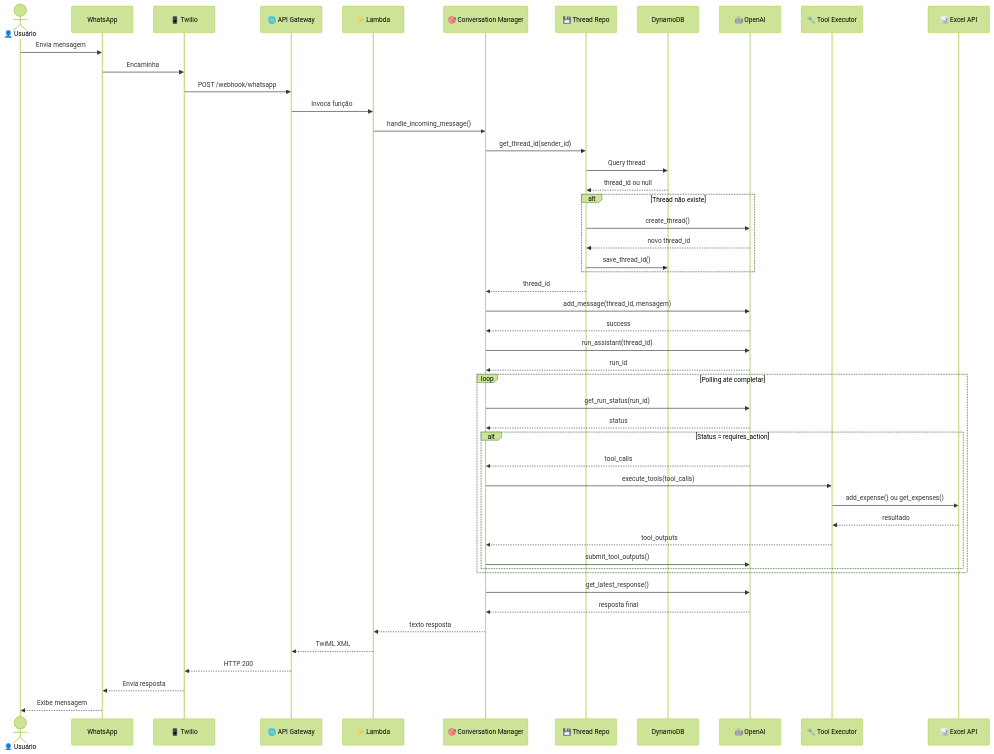
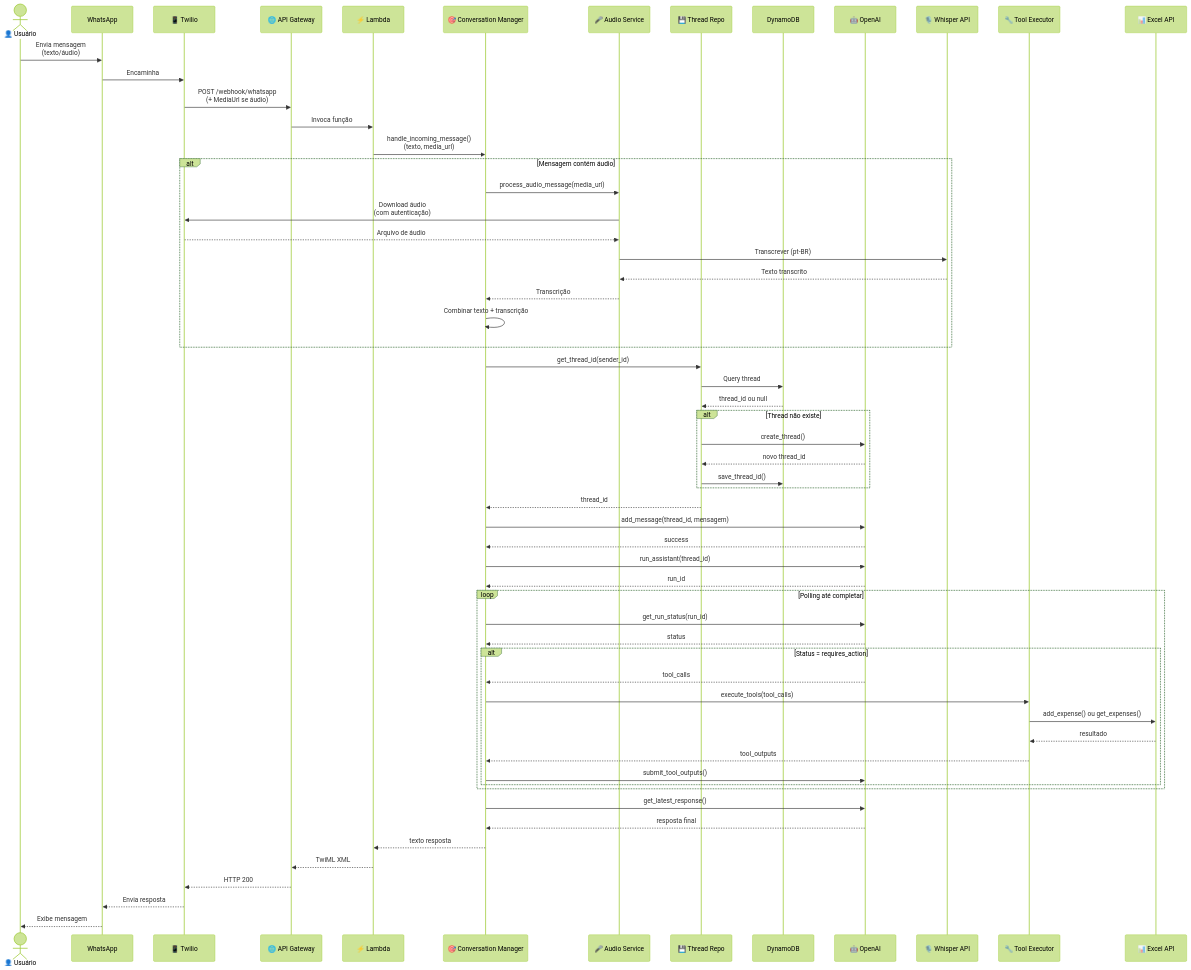
One commit to andremizuno/finassist changed the second of 15 diagrams in docs/DIAGRAMAS.md. Above: the diagram before and after it, drawn with Mermaid (forest theme). The commit also changed other lines of this file, not shown here.

First line of the commit message:
docs: atualizar diagramas para refletir suporte a áudio

````diff
--- a/docs/DIAGRAMAS.md
+++ b/docs/DIAGRAMAS.md
@@ -80,62 +85,74 @@
 ```mermaid
 sequenceDiagram
     actor User as 👤 Usuário
     participant WA as WhatsApp
     participant Twilio as 📱 Twilio
     participant APIGW as 🌐 API Gateway
     participant Lambda as ⚡ Lambda
     participant CM as 🎯 Conversation Manager
+    participant AS as 🎤 Audio Service
     participant TR as 💾 Thread Repo
     participant DDB as DynamoDB
     participant OAI as 🤖 OpenAI
+    participant Whisper as 🎙️ Whisper API
     participant TE as 🔧 Tool Executor
     participant Excel as 📊 Excel API
 
-    User->>WA: Envia mensagem
+    User->>WA: Envia mensagem<br/>(texto/áudio)
     WA->>Twilio: Encaminha
-    Twilio->>APIGW: POST /webhook/whatsapp
+    Twilio->>APIGW: POST /webhook/whatsapp<br/>(+ MediaUrl se áudio)
     APIGW->>Lambda: Invoca função
 
-    Lambda->>CM: handle_incoming_message()
+    Lambda->>CM: handle_incoming_message()<br/>(texto, media_url)
+
+    alt Mensagem contém áudio
+        CM->>AS: process_audio_message(media_url)
+        AS->>Twilio: Download áudio<br/>(com autenticação)
+        Twilio-->>AS: Arquivo de áudio
+        AS->>Whisper: Transcrever (pt-BR)
+        Whisper-->>AS: Texto transcrito
+        AS-->>CM: Transcrição
+        CM->>CM: Combinar texto + transcrição
+    end
 
     CM->>TR: get_thread_id(sender_id)
     TR->>DDB: Query thread
     DDB-->>TR: thread_id ou null
 
     alt Thread não existe
         TR->>OAI: create_thread()
         OAI-->>TR: novo thread_id
         TR->>DDB: save_thread_id()
     end
 
     TR-->>CM: thread_id
 
     CM->>OAI: add_message(thread_id, mensagem)
     OAI-->>CM: success
 
     CM->>OAI: run_assistant(thread_id)
     OAI-->>CM: run_id
 
     loop Polling até completar
         CM->>OAI: get_run_status(run_id)
         OAI-->>CM: status
 
         alt Status = requires_action
             OAI-->>CM: tool_calls
             CM->>TE: execute_tools(tool_calls)
             TE->>Excel: add_expense() ou get_expenses()
             Excel-->>TE: resultado
             TE-->>CM: tool_outputs
             CM->>OAI: submit_tool_outputs()
         end
     end
 
     CM->>OAI: get_latest_response()
     OAI-->>CM: resposta final
 
     CM-->>Lambda: texto resposta
     Lambda-->>APIGW: TwiML XML
     APIGW-->>Twilio: HTTP 200
     Twilio-->>WA: Envia resposta
     WA-->>User: Exibe mensagem
 ```
````
